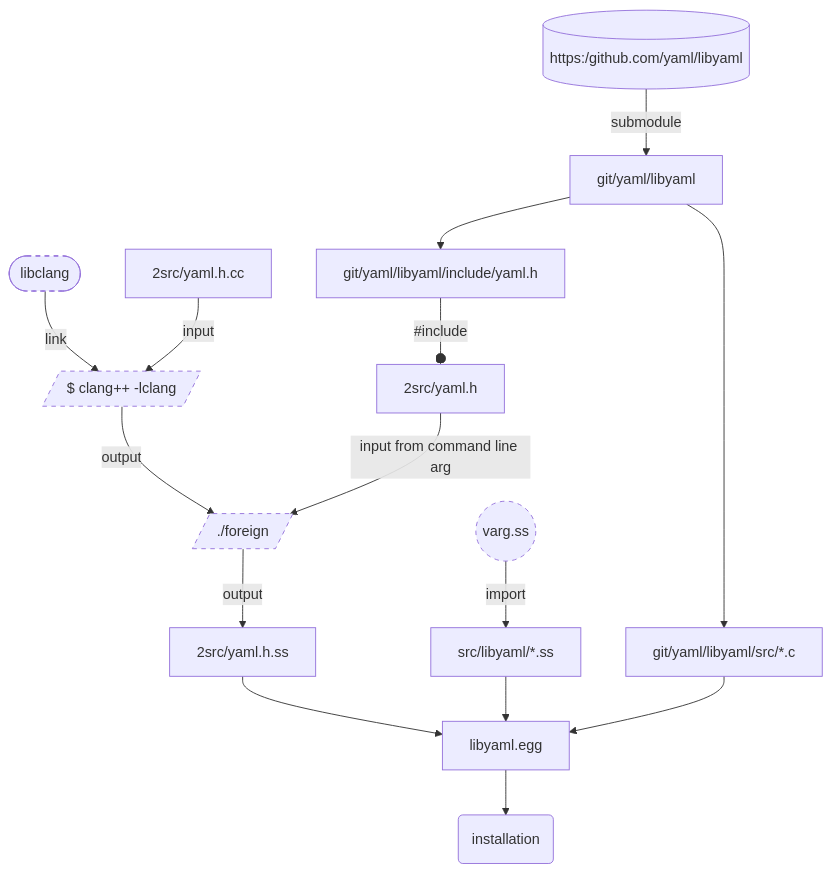
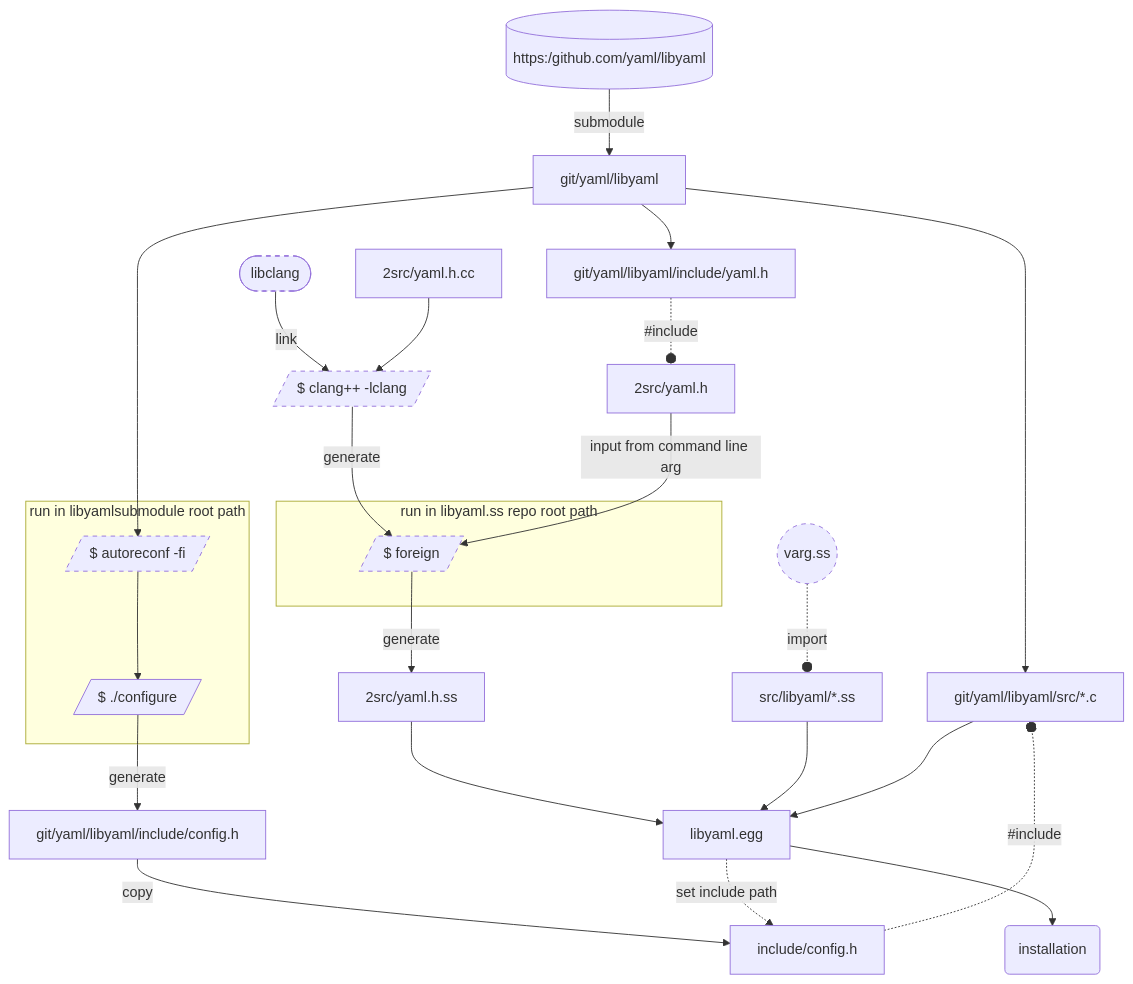
Before and after one commit to riku-ri/libyaml.ss: the diagram in docs/dev.md, drawn with Mermaid. The commit also changed 1 other file, not shown here.

````diff
--- a/docs/dev.md
+++ b/docs/dev.md
@@ -5,37 +5,54 @@
 ```mermaid
 flowchart
 
 yaml/libyaml[(https:/github.com/yaml/libyaml)]
 --submodule--> git/yaml/libyaml --> git/yaml/libyaml/src/*.c
 
 libclang([libclang])
 --link--> clang++[/clang++ -lclang/]
 style libclang stroke-dasharray: 5 5
 2src/yaml.h.cc
---input--> clang++[/clang++ -lclang/]
+--> clang++[/clang++ -lclang/]
 style clang++ stroke-dasharray: 5 5
 clang++[/$ clang++ -lclang/]
--- output --> foreign[/./foreign/]
+--generate --> foreign[/$ foreign/]
 style foreign stroke-dasharray: 5 5
 
 git/yaml/libyaml
 --> git/yaml/libyaml/include/yaml.h
---#include--o 2src/yaml.h
+-. #include .-o 2src/yaml.h
 --input from command line arg-->foreign
 
+subgraph "run in libyaml.ss repo root path"
 foreign
--- output --> 2src/yaml.h.ss
+end
+
+foreign
+--generate--> 2src/yaml.h.ss
 
 2src/yaml.h.ss
 --> libyaml.egg
 style varg.ss stroke-dasharray: 5 5
 varg.ss((varg.ss))
---import--> src/libyaml/*.ss
+-. import .-o src/libyaml/*.ss
 --> libyaml.egg
-git/yaml/libyaml/src/*.c
+
+git/yaml/libyaml
+--> autoreconf[/$ autoreconf -fi/]
+style autoreconf stroke-dasharray: 5 5
+subgraph "run in libyamlsubmodule root path"
+autoreconf --> configure[/$ ./configure/]
+end
+
+configure
+--generate--> git/yaml/libyaml/include/config.h
+--copy--> include/config.h
+-. #include .-o git/yaml/libyaml/src/*.c
 --> libyaml.egg
+
+libyaml.egg -. set include path .-> include/config.h
 
 END(installation)
 libyaml.egg
 --> END
 ```
````
